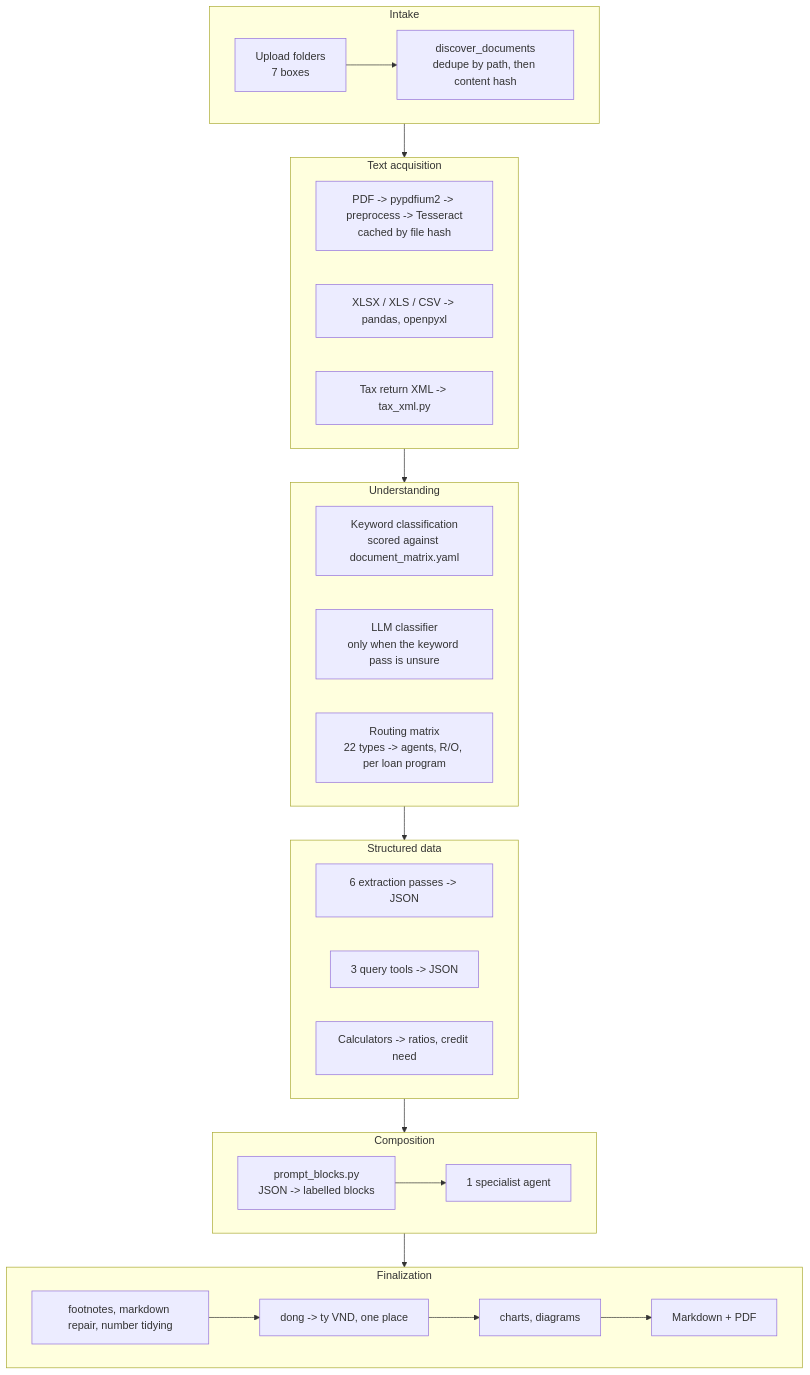
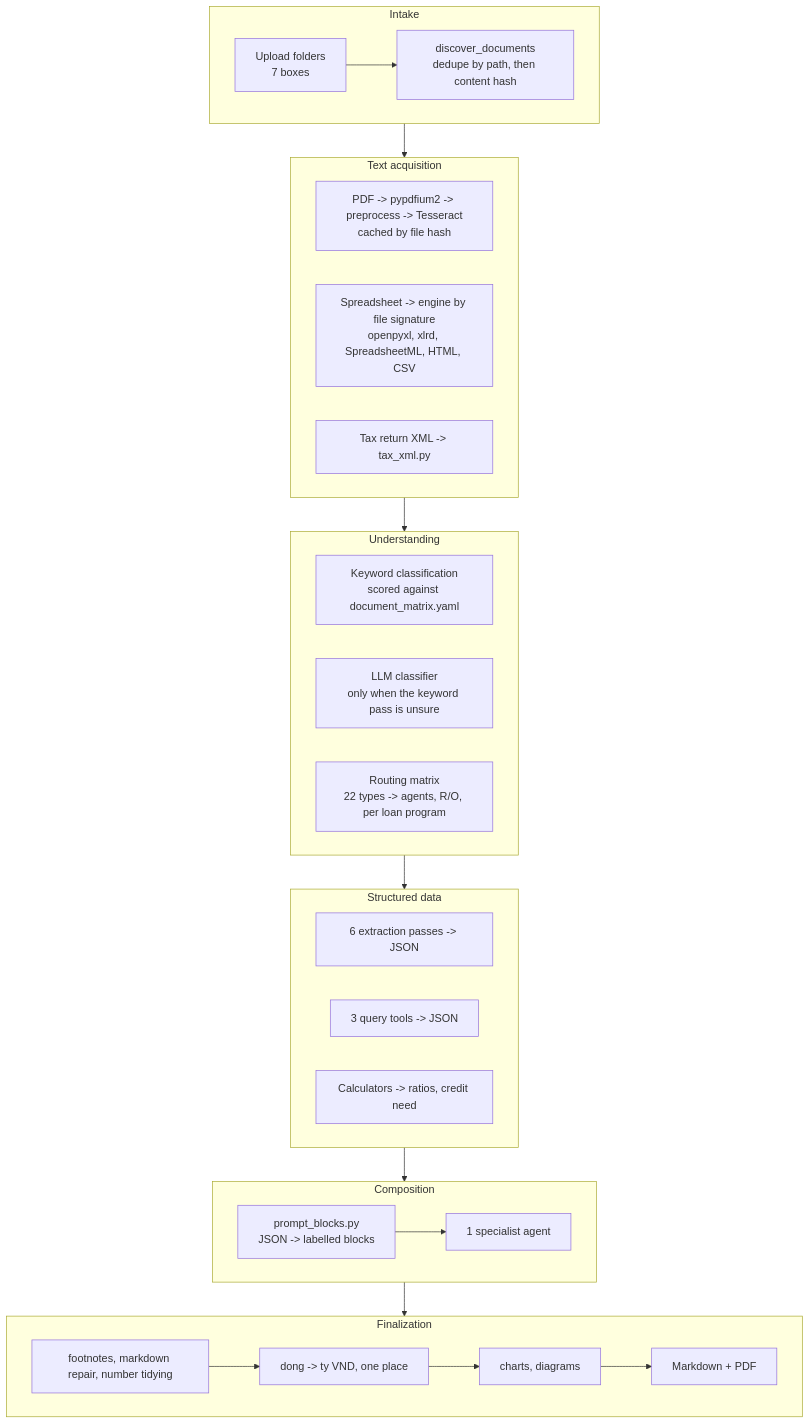
One commit to hodongtu/SME-creditmemo-multi-agent changed the second of 11 diagrams in docs/technical-solution.md. Above: the diagram before and after it, drawn with Mermaid. The commit also changed other lines of this file and 3 other files, not shown here.

````diff
--- a/docs/technical-solution.md
+++ b/docs/technical-solution.md
@@ -121,28 +121,28 @@
 ```mermaid
 flowchart TD
     subgraph L1["Intake"]
         U1["Upload folders<br/>7 boxes"] --> U2["discover_documents<br/>dedupe by path, then content hash"]
     end
     subgraph L2["Text acquisition"]
         T1["PDF -> pypdfium2 -> preprocess -> Tesseract<br/>cached by file hash"]
-        T2["XLSX / XLS / CSV -> pandas, openpyxl"]
+        T2["Spreadsheet -> engine by file signature<br/>openpyxl, xlrd, SpreadsheetML, HTML, CSV"]
         T3["Tax return XML -> tax_xml.py"]
     end
     subgraph L3["Understanding"]
         C1["Keyword classification<br/>scored against document_matrix.yaml"]
         C2["LLM classifier<br/>only when the keyword pass is unsure"]
         C3["Routing matrix<br/>22 types -> agents, R/O, per loan program"]
     end
     subgraph L4["Structured data"]
         X1["6 extraction passes -> JSON"]
         X2["3 query tools -> JSON"]
         X3["Calculators -> ratios, credit need"]
     end
     subgraph L5["Composition"]
         P1["prompt_blocks.py<br/>JSON -> labelled blocks"] --> P2["1 specialist agent"]
     end
     subgraph L6["Finalization"]
         F1["footnotes, markdown repair, number tidying"] --> F2["dong -> ty VND, one place"] --> F3["charts, diagrams"] --> F4["Markdown + PDF"]
     end
     L1 --> L2 --> L3 --> L4 --> L5 --> L6
 ```
````
